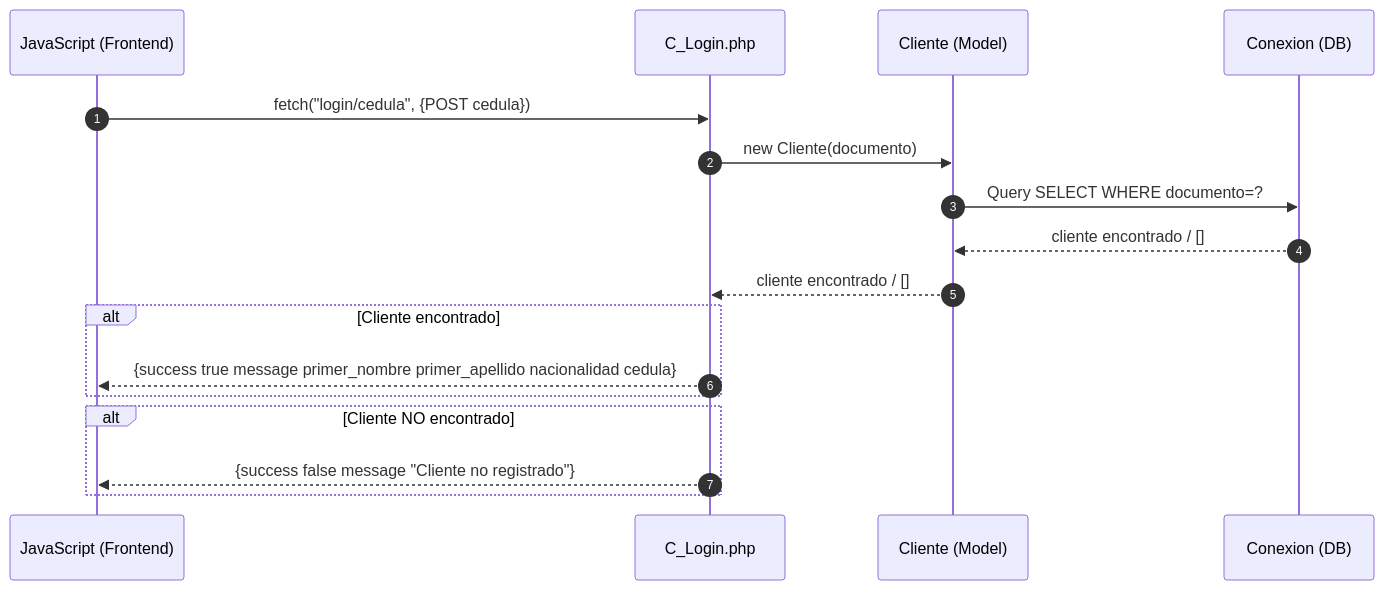
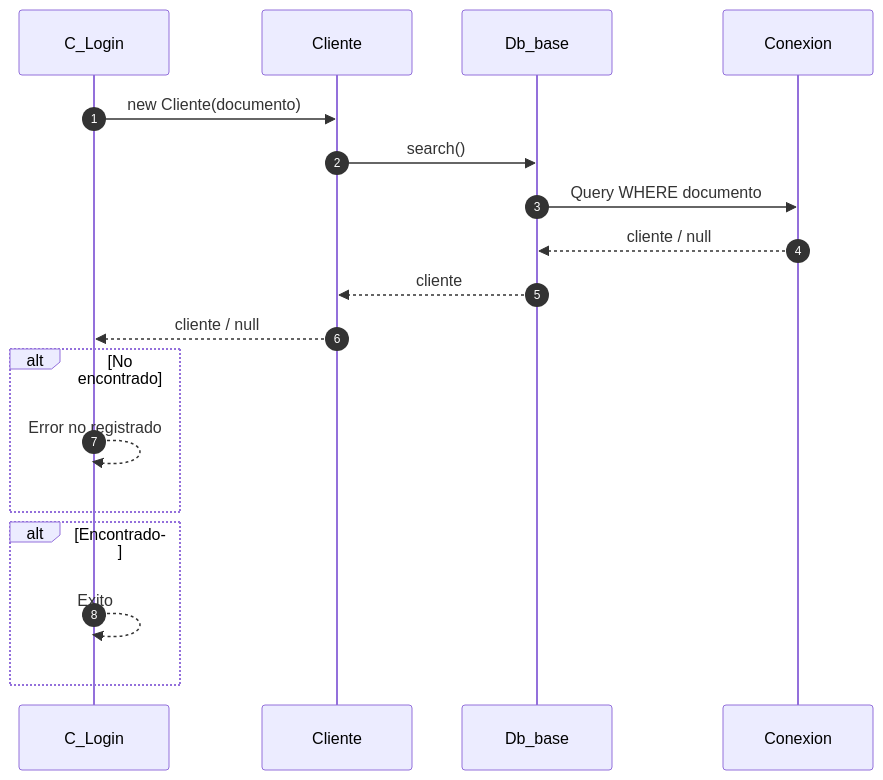
Before and after one commit to Tecrato/BurgerHouse: the third of 5 diagrams in docs/secuencia/clientes/clientes.md, drawn with Mermaid. The commit also changed other lines of this file and 13 other files, not shown here.

First line of the commit message:
diagramas actualizaos

````diff
--- a/docs/secuencia/clientes/clientes.md
+++ b/docs/secuencia/clientes/clientes.md
@@ -57,23 +96,23 @@
 ```mermaid
 sequenceDiagram
     autonumber
-    participant JS as JavaScript (Frontend)
-    participant C_Login as C_Login.php
-    participant Cliente as Cliente (Model)
-    participant DB as Conexion (DB)
-    
-    JS->>C_Login: fetch("login/cedula", {POST cedula})
+    participant C_Login as C_Login
+    participant Cliente as Cliente
+    participant Db_base as Db_base
+    participant Conexion as Conexion
     
     C_Login->>Cliente: new Cliente(documento)
-    Cliente->>DB: Query SELECT WHERE documento=?
-    DB-->>Cliente: cliente encontrado / []
-    Cliente-->>C_Login: cliente encontrado / []
+    Cliente->>Db_base: search()
+    Db_base->>Conexion: Query WHERE documento
+    Conexion-->>Db_base: cliente / null
+    Db_base-->>Cliente: cliente
+    Cliente-->>C_Login: cliente / null
     
-    alt Cliente encontrado
-        C_Login-->>JS: {success true message primer_nombre primer_apellido nacionalidad cedula}
+    alt No encontrado
+        C_Login-->>C_Login: Error no registrado
     end
     
-    alt Cliente NO encontrado
-        C_Login-->>JS: {success false message "Cliente no registrado"}
+    alt Encontrado
+        C_Login-->>C_Login: Exito
     end
 ```
````
